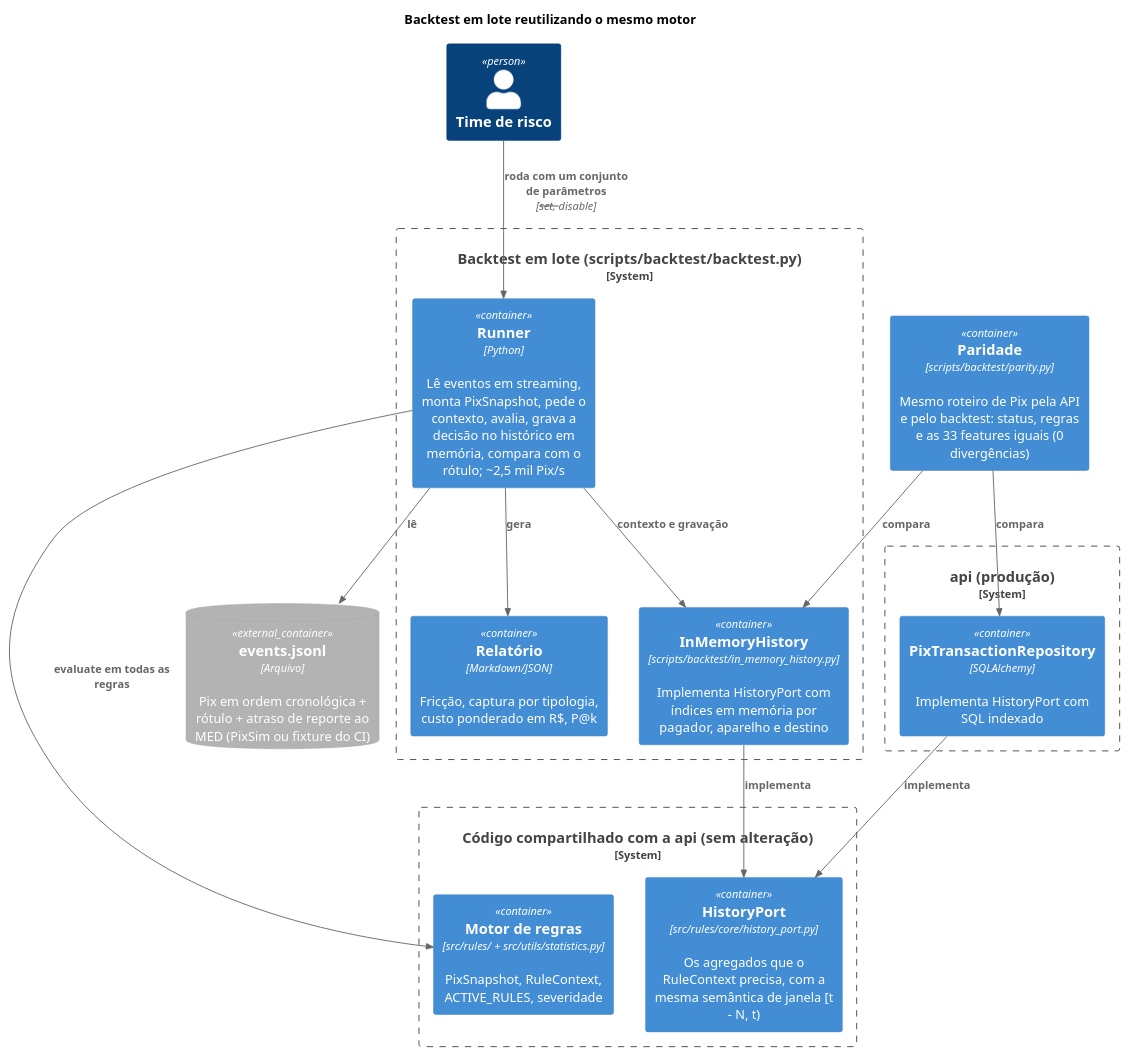
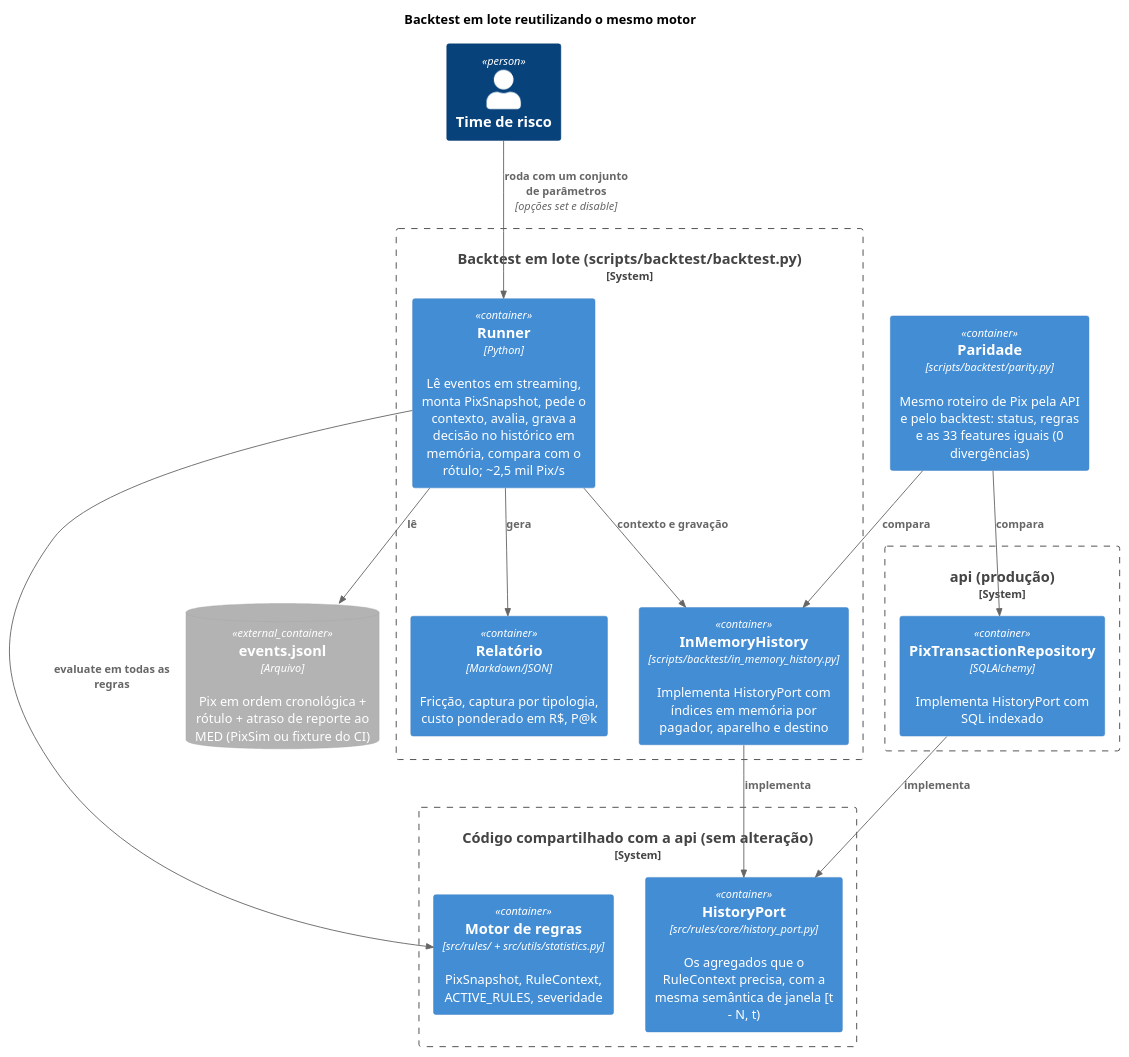
One commit to phprestes/Hackathon-Anti-Fraud-Pix changed the diagram in docs/02-arquitetura/diagramas/c4-backtest.puml. Above: the diagram before and after it, drawn with PlantUML. The commit also changed 3 other files, not shown here.

Commit message:
docs(architecture): avoid PlantUML creole markup in two C4 labels

```diff
--- a/docs/02-arquitetura/diagramas/c4-backtest.puml
+++ b/docs/02-arquitetura/diagramas/c4-backtest.puml
@@ -1,36 +1,36 @@
 @startuml
 !include https://raw.githubusercontent.com/plantuml-stdlib/C4-PlantUML/master/C4_Container.puml
 
 title Backtest em lote reutilizando o mesmo motor
 
 Person(risco, "Time de risco")
 ContainerDb_Ext(arquivo, "events.jsonl", "Arquivo", "Pix em ordem cronológica + rótulo + atraso de reporte ao MED (PixSim ou fixture do CI)")
 
 System_Boundary(bt_boundary, "Backtest em lote (scripts/backtest/backtest.py)") {
     Container(runner, "Runner", "Python", "Lê eventos em streaming, monta PixSnapshot, pede o contexto, avalia, grava a decisão no histórico em memória, compara com o rótulo; ~2,5 mil Pix/s")
     Container(mem, "InMemoryHistory", "scripts/backtest/in_memory_history.py", "Implementa HistoryPort com índices em memória por pagador, aparelho e destino")
     Container(report, "Relatório", "Markdown/JSON", "Fricção, captura por tipologia, custo ponderado em R$, P@k")
 }
 
 System_Boundary(shared_boundary, "Código compartilhado com a api (sem alteração)") {
     Container(core, "Motor de regras", "src/rules/ + src/utils/statistics.py", "PixSnapshot, RuleContext, ACTIVE_RULES, severidade")
     Container(port, "HistoryPort", "src/rules/core/history_port.py", "Os agregados que o RuleContext precisa, com a mesma semântica de janela [t - N, t)")
 }
 
 System_Boundary(prod_boundary, "api (produção)") {
     Container(sqladapter, "PixTransactionRepository", "SQLAlchemy", "Implementa HistoryPort com SQL indexado")
 }
 
 Container(parity, "Paridade", "scripts/backtest/parity.py", "Mesmo roteiro de Pix pela API e pelo backtest: status, regras e as 33 features iguais (0 divergências)")
 
-Rel(risco, runner, "roda com um conjunto de parâmetros", "--set, --disable")
+Rel(risco, runner, "roda com um conjunto de parâmetros", "opções set e disable")
 Rel(runner, arquivo, "lê")
 Rel(runner, core, "evaluate em todas as regras")
 Rel(runner, mem, "contexto e gravação")
 Rel(mem, port, "implementa")
 Rel(sqladapter, port, "implementa")
 Rel(parity, mem, "compara")
 Rel(parity, sqladapter, "compara")
 Rel(runner, report, "gera")
 
 @enduml
```
